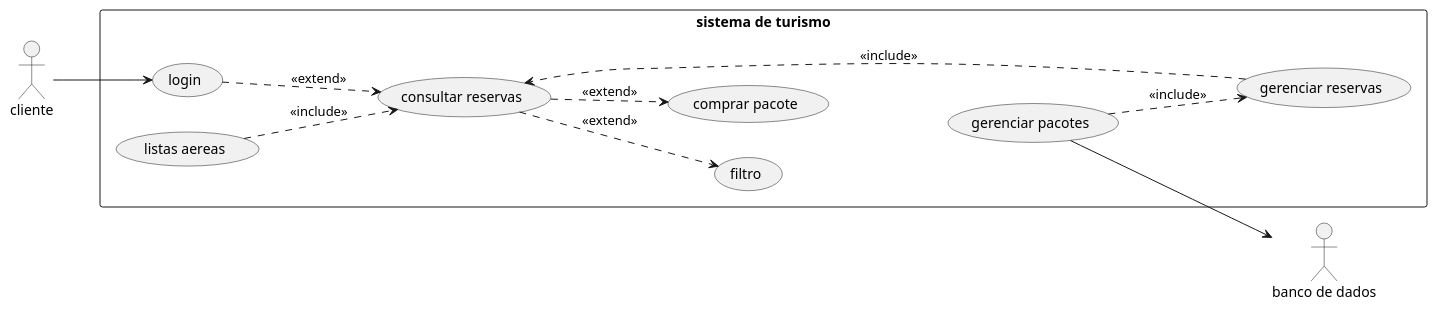
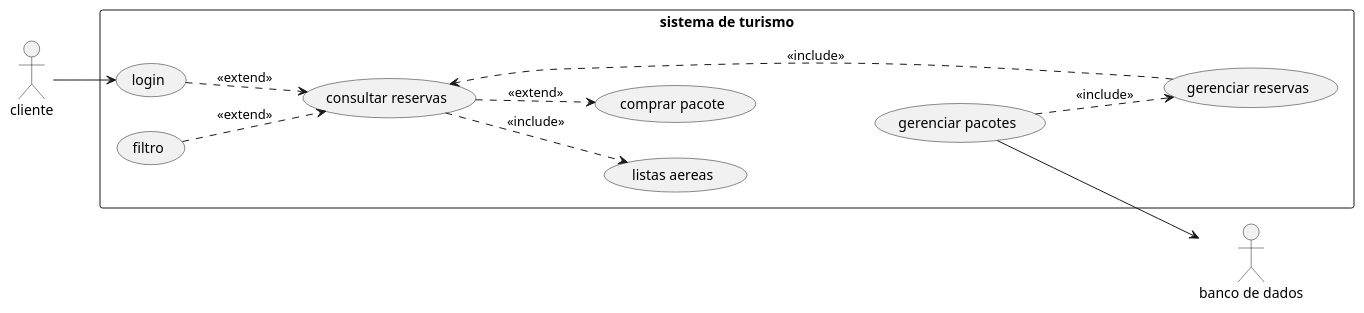
One commit to arthurstdourado/pdsi changed the diagram in Empresa de turismo/diagrama de clases de uso empresa turismo.puml. Above: the diagram before and after it, drawn with PlantUML.

Commit message:
corrigindo casos de uso

```diff
--- a/Empresa de turismo/diagrama de clases de uso empresa turismo.puml
+++ b/Empresa de turismo/diagrama de clases de uso empresa turismo.puml
@@ -1,32 +1,32 @@
 @startuml diagrama empresa de turismo/site de viagens
 left to right direction
 ' definição de atores
 actor "cliente"
 actor "banco de dados" 
 ' fronteiras de sistema
 rectangle "sistema de turismo" {
   ' definição de casos de uso
   usecase "login" as UC1
   usecase "consultar reservas" as UC2
   usecase "listas aereas" as UC3
   usecase "filtro" as UC4
   usecase "comprar pacote" as UC5
   usecase "gerenciar reservas" as UC6
   usecase "gerenciar pacotes" as UC7
 
   ' relacionamentos entre casos de uso
     UC1 -.> UC2 : <<extend>>
-    UC3 -.> UC2 : <<include>>
-    UC2 -.> UC4 : <<extend>>
+    UC2 -.> UC3 : <<include>>
+    UC4 -.> UC2 : <<extend>>
     UC2 -.> UC5 : <<extend>>
     UC7 -.> UC6 : <<include>>
     UC5 -[hidden]down-> UC7
     UC6 -.> UC2 : <<include>>
 
 
 }
 
 ' associação entre atores e casos de uso
 cliente --> UC1
 UC7 --> "banco de dados"
 @enduml
```
